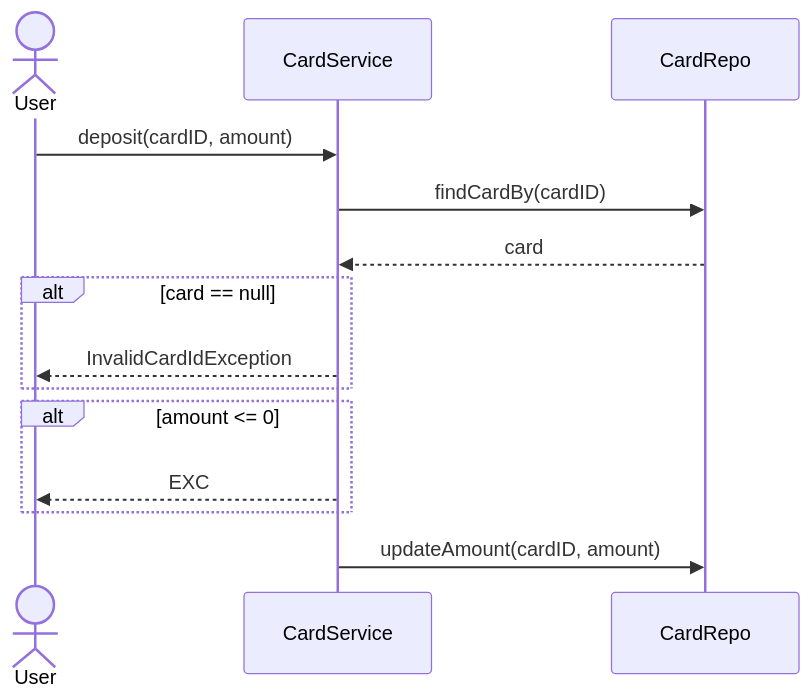
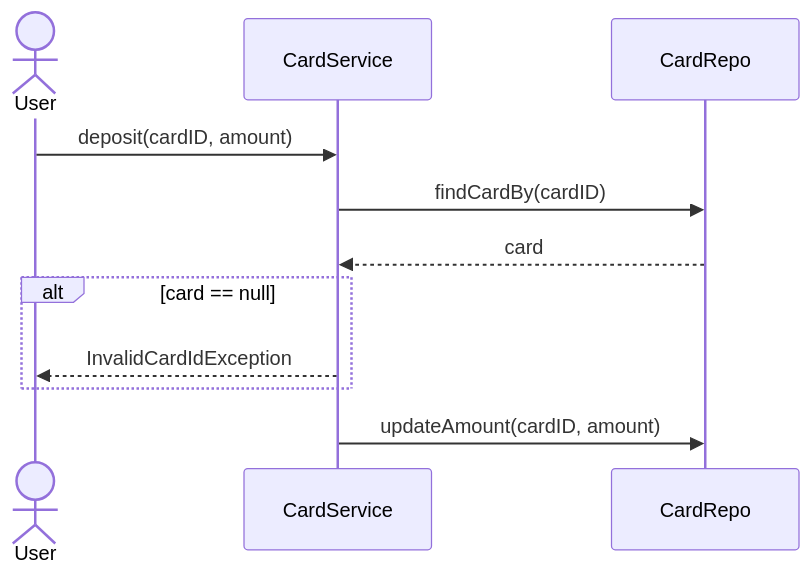
Before and after one commit to Apameus/ATM_Underground: the third of 6 diagrams in docs/technicalDocs_v2.md, drawn with Mermaid. The commit also changed other lines of this file and 6 other files, not shown here.

````diff
--- a/docs/technicalDocs_v2.md
+++ b/docs/technicalDocs_v2.md
@@ -27,18 +27,15 @@
 ```mermaid
 sequenceDiagram
 actor U as User
 participant S as CardService
 participant R as CardRepo
 
 U ->> S: deposit(cardID, amount)
 S ->> R: findCardBy(cardID)
 R -->> S: card
 alt card == null
     S -->> U: InvalidCardIdException
 end
-alt amount <= 0
-    S -->> U: EXC
-end
 S ->> R: updateAmount(cardID, amount)
 %%S -->> U: msg(succeed)
 ```
````
